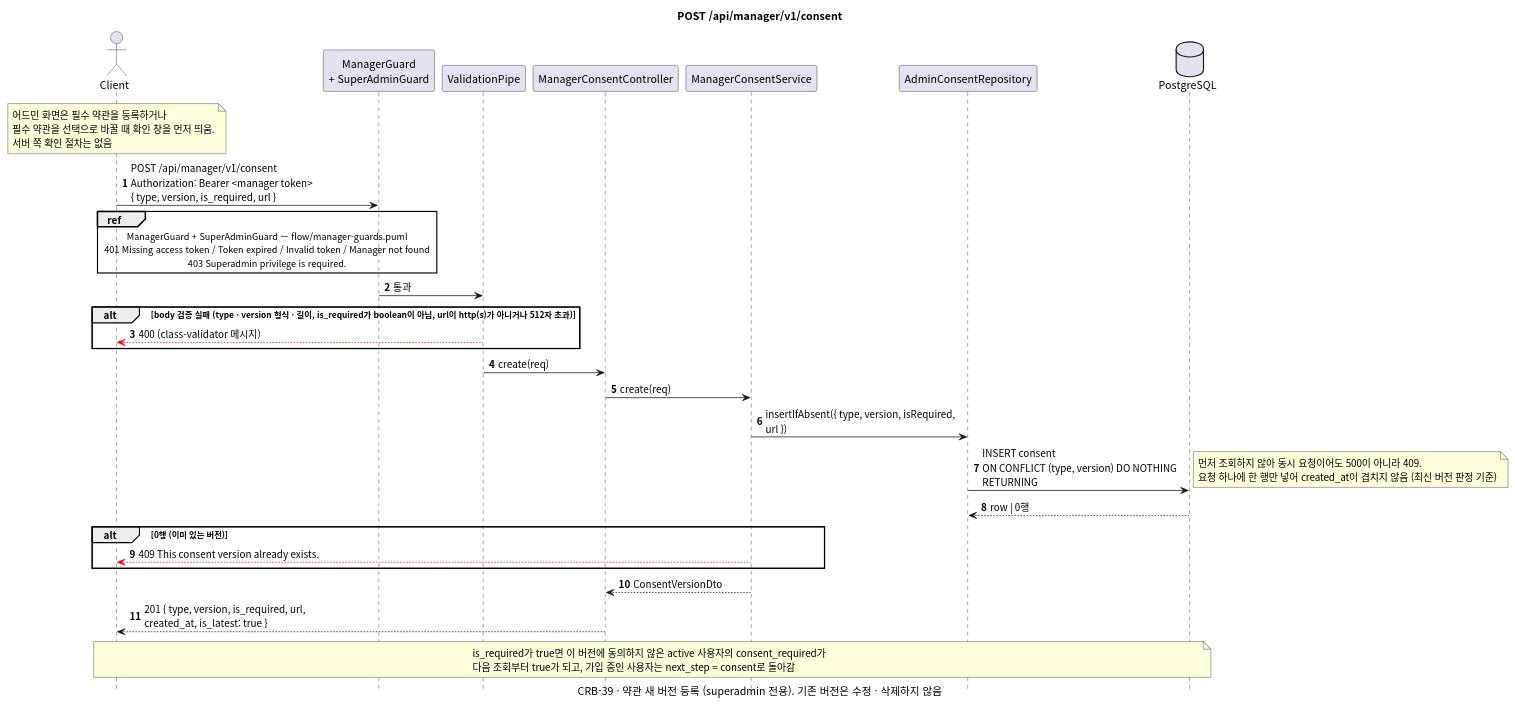
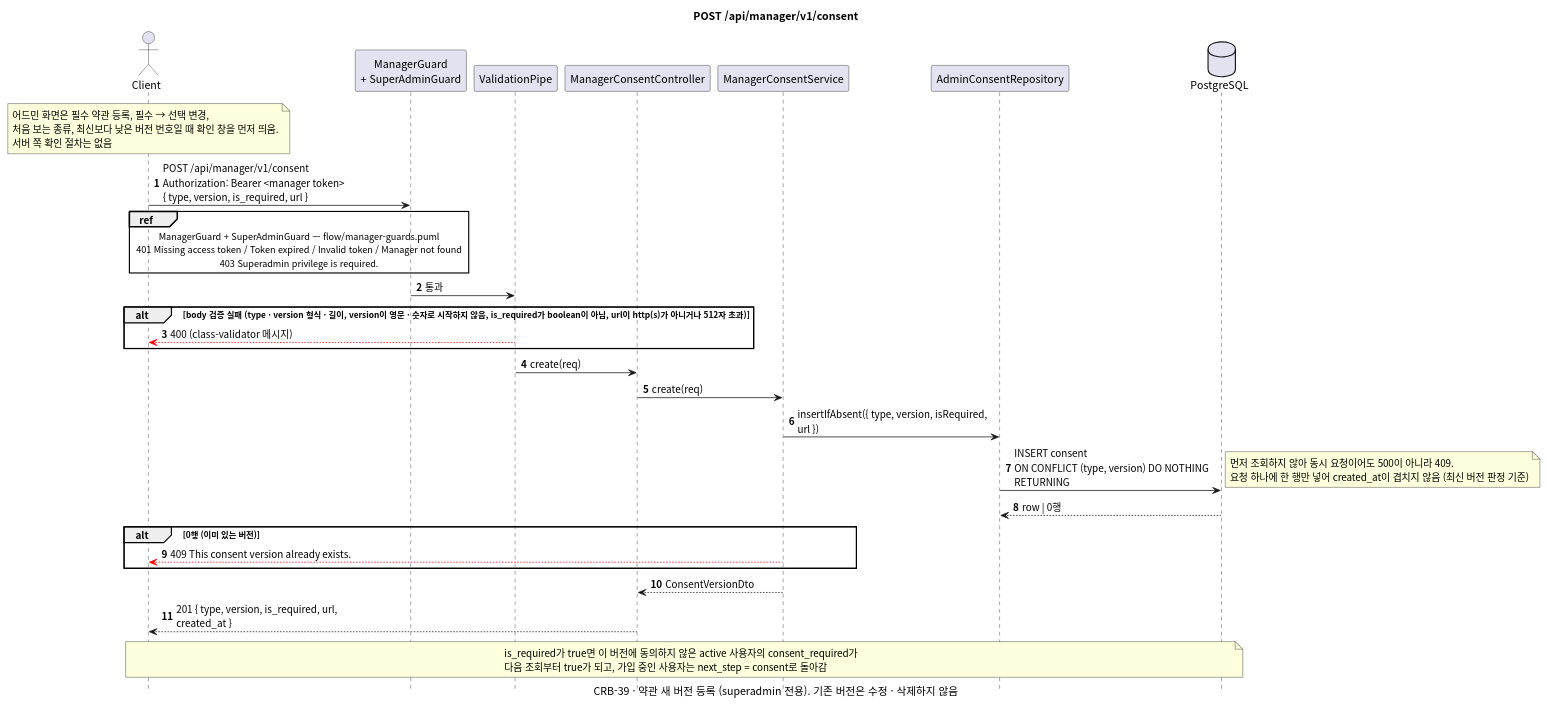
One commit to gsainfoteam/cheers-be changed the diagram in docs/sequence/manager/post-consent.puml. Above: the diagram before and after it, drawn with PlantUML. The commit also changed 9 other files, not shown here.

```diff
--- a/docs/sequence/manager/post-consent.puml
+++ b/docs/sequence/manager/post-consent.puml
@@ -1,42 +1,42 @@
 @startuml post-manager-consent
 skinparam defaultFontName "Apple SD Gothic Neo", "Noto Sans CJK KR", sans-serif
 skinparam responseMessageBelowArrow true
 skinparam sequenceMessageAlign left
 skinparam maxMessageSize 260
 skinparam BoxPadding 8
 skinparam shadowing false
 autonumber
 hide footbox
 
 title POST /api/manager/v1/consent
 caption CRB-39 · 약관 새 버전 등록 (superadmin 전용). 기존 버전은 수정 · 삭제하지 않음
 
 actor Client
 participant "ManagerGuard\n+ SuperAdminGuard" as Guard
 participant "ValidationPipe" as Pipe
 participant "ManagerConsentController" as Controller
 participant "ManagerConsentService" as Service
 participant "AdminConsentRepository" as AdminConsentRepository
 database PostgreSQL
 
-note over Client: 어드민 화면은 필수 약관을 등록하거나\n필수 약관을 선택으로 바꿀 때 확인 창을 먼저 띄움.\n서버 쪽 확인 절차는 없음
+note over Client: 어드민 화면은 필수 약관 등록, 필수 → 선택 변경,\n처음 보는 종류, 최신보다 낮은 버전 번호일 때 확인 창을 먼저 띄움.\n서버 쪽 확인 절차는 없음
 Client -> Guard: POST /api/manager/v1/consent\nAuthorization: Bearer <manager token>\n{ type, version, is_required, url }
 ref over Client, Guard: ManagerGuard + SuperAdminGuard — flow/manager-guards.puml\n401 Missing access token / Token expired / Invalid token / Manager not found\n403 Superadmin privilege is required.
 Guard -> Pipe: 통과
-alt body 검증 실패 (type · version 형식 · 길이, is_required가 boolean이 아님, url이 http(s)가 아니거나 512자 초과)
+alt body 검증 실패 (type · version 형식 · 길이, version이 영문 · 숫자로 시작하지 않음, is_required가 boolean이 아님, url이 http(s)가 아니거나 512자 초과)
   Pipe -[#red]-> Client: 400 (class-validator 메시지)
 end
 Pipe -> Controller: create(req)
 Controller -> Service: create(req)
 Service -> AdminConsentRepository: insertIfAbsent({ type, version, isRequired, url })
 AdminConsentRepository -> PostgreSQL: INSERT consent\nON CONFLICT (type, version) DO NOTHING RETURNING
 note right: 먼저 조회하지 않아 동시 요청이어도 500이 아니라 409.\n요청 하나에 한 행만 넣어 created_at이 겹치지 않음 (최신 버전 판정 기준)
 PostgreSQL --> AdminConsentRepository: row | 0행
 alt 0행 (이미 있는 버전)
   Service -[#red]-> Client: 409 This consent version already exists.
 end
 Service --> Controller: ConsentVersionDto
-Controller --> Client: 201 { type, version, is_required, url, created_at, is_latest: true }
+Controller --> Client: 201 { type, version, is_required, url, created_at }
 note over Client, PostgreSQL: is_required가 true면 이 버전에 동의하지 않은 active 사용자의 consent_required가\n다음 조회부터 true가 되고, 가입 중인 사용자는 next_step = consent로 돌아감
 
 @enduml
```
